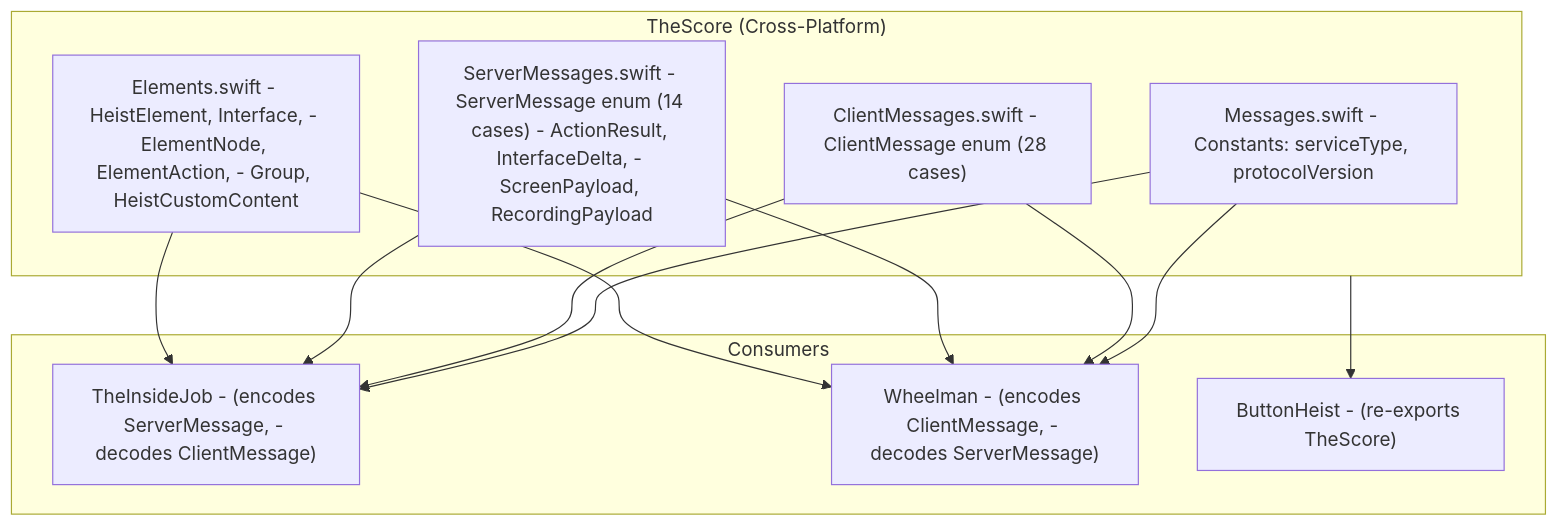
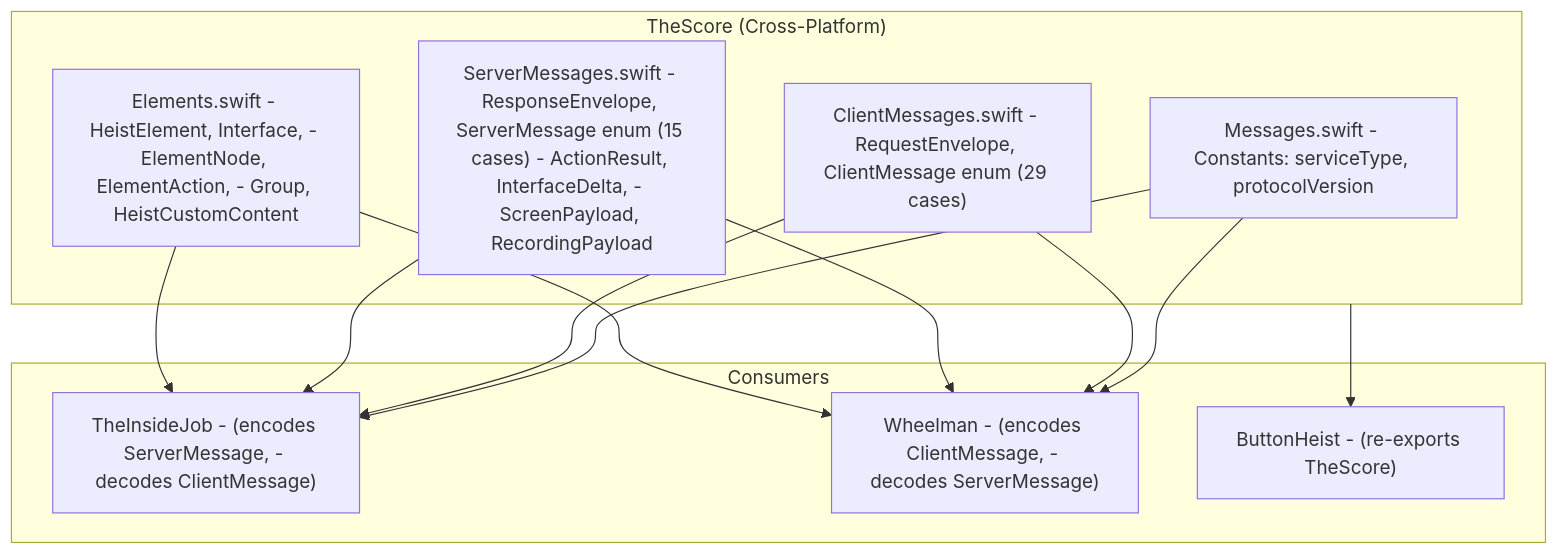
One commit to RoyalPineapple/TheButtonHeist changed the first of 3 diagrams in docs/dossiers/01-THESCORE.md. Above: the diagram before and after it, drawn with Mermaid. The commit also changed other lines of this file and 26 other files, not shown here.

````diff
--- a/docs/dossiers/01-THESCORE.md
+++ b/docs/dossiers/01-THESCORE.md
@@ -22,25 +24,25 @@
 ```mermaid
 graph TD
     subgraph TheScore["TheScore (Cross-Platform)"]
         Messages["Messages.swift - Constants: serviceType, protocolVersion"]
-        Client["ClientMessages.swift - ClientMessage enum (28 cases)"]
-        Server["ServerMessages.swift - ServerMessage enum (14 cases) - ActionResult, InterfaceDelta, - ScreenPayload, RecordingPayload"]
+        Client["ClientMessages.swift - RequestEnvelope, ClientMessage enum (29 cases)"]
+        Server["ServerMessages.swift - ResponseEnvelope, ServerMessage enum (15 cases) - ActionResult, InterfaceDelta, - ScreenPayload, RecordingPayload"]
         Elements["Elements.swift - HeistElement, Interface, - ElementNode, ElementAction, - Group, HeistCustomContent"]
     end
 
     subgraph Consumers["Consumers"]
         TheInsideJob["TheInsideJob - (encodes ServerMessage, - decodes ClientMessage)"]
         Wheelman["Wheelman - (encodes ClientMessage, - decodes ServerMessage)"]
         ButtonHeist["ButtonHeist - (re-exports TheScore)"]
     end
 
     Messages --> TheInsideJob
     Messages --> Wheelman
     Client --> TheInsideJob
     Client --> Wheelman
     Server --> TheInsideJob
     Server --> Wheelman
     Elements --> TheInsideJob
     Elements --> Wheelman
     TheScore --> ButtonHeist
 ```
````
